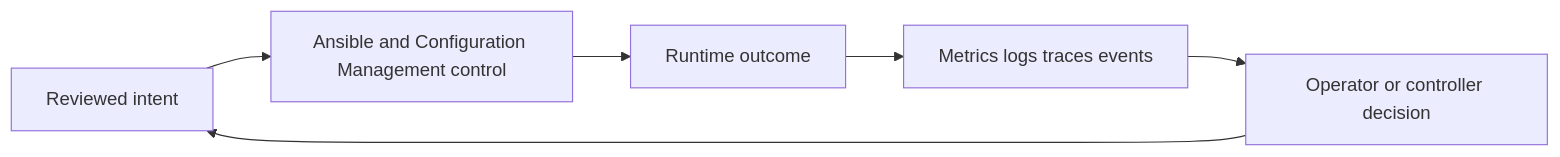
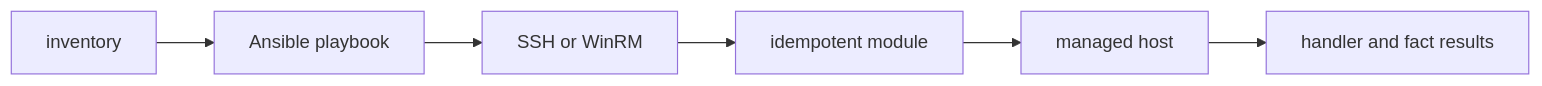
The diagram in docs/study/iac/06-ansible-and-configuration-management.md (m1mohamad/devops-sre-prep), drawn with Mermaid before and after one commit. The commit also changed other lines of this file and 61 other files, not shown here.

Commit message:
Replace generic architecture and study templates

````diff
--- a/docs/study/iac/06-ansible-and-configuration-management.md
+++ b/docs/study/iac/06-ansible-and-configuration-management.md
@@ -20,8 +15,4 @@
 ```mermaid
 flowchart LR
-  Intent[Reviewed intent] --> Control[Ansible and Configuration Management control]
-  Control --> Runtime[Runtime outcome]
-  Runtime --> Signals[Metrics logs traces events]
-  Signals --> Decision[Operator or controller decision]
-  Decision --> Intent
+  N0[inventory] --> N1[Ansible playbook] --> N2[SSH or WinRM] --> N3[idempotent module] --> N4[managed host] --> N5[handler and fact results]
 ```
````
